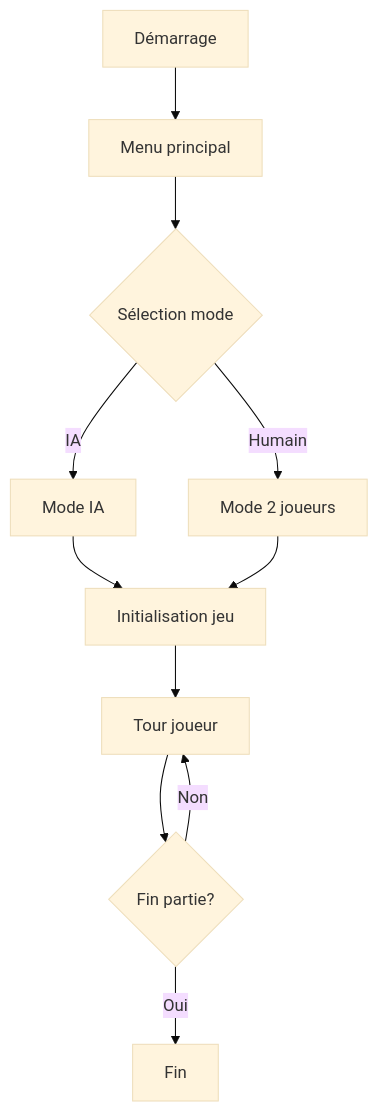
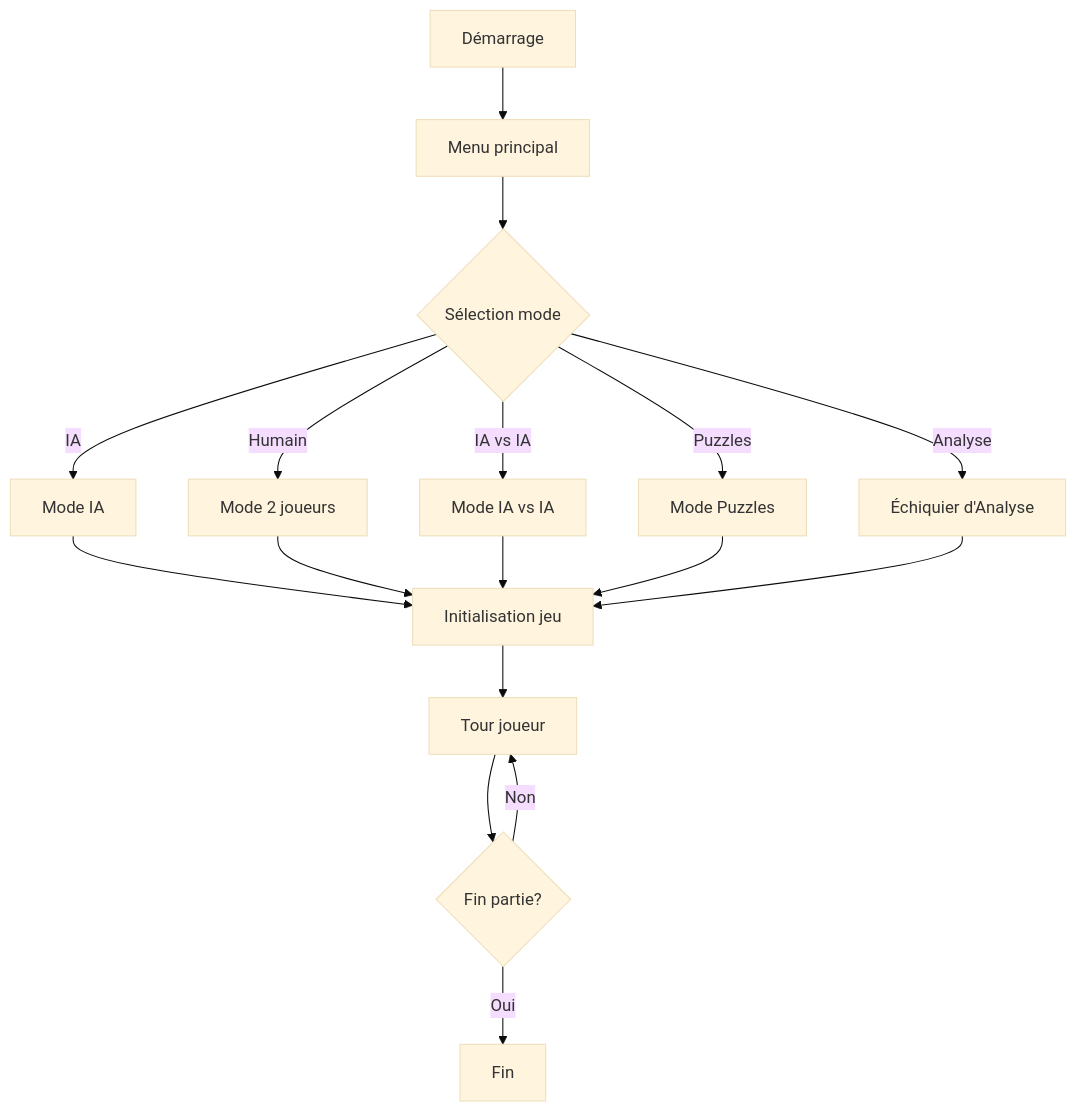
Before and after one commit to DualsFWShield/Chess-with-AI---3.0: the diagram in README.md, drawn with Mermaid (base theme). The commit also changed other lines of this file and 2 other files, not shown here.

````diff
--- a/README.md
+++ b/README.md
@@ -56,12 +67,15 @@
 ```mermaid
 flowchart TD
         A[Démarrage] --> B[Menu principal]
         B --> C{Sélection mode}
         C -->|IA| D[Mode IA]
         C -->|Humain| E[Mode 2 joueurs]
-        D & E --> F[Initialisation jeu]
-        F --> G[Tour joueur]
-        G --> H{Fin partie?}
-        H -->|Non| G
-        H -->|Oui| I[Fin]
+        C -->|IA vs IA| F[Mode IA vs IA]
+        C -->|Puzzles| G[Mode Puzzles]
+        C -->|Analyse| H[Échiquier d'Analyse]
+        D & E & F & G & H --> I[Initialisation jeu]
+        I --> J[Tour joueur]
+        J --> K{Fin partie?}
+        K -->|Non| J
+        K -->|Oui| L[Fin]
 ```
````
